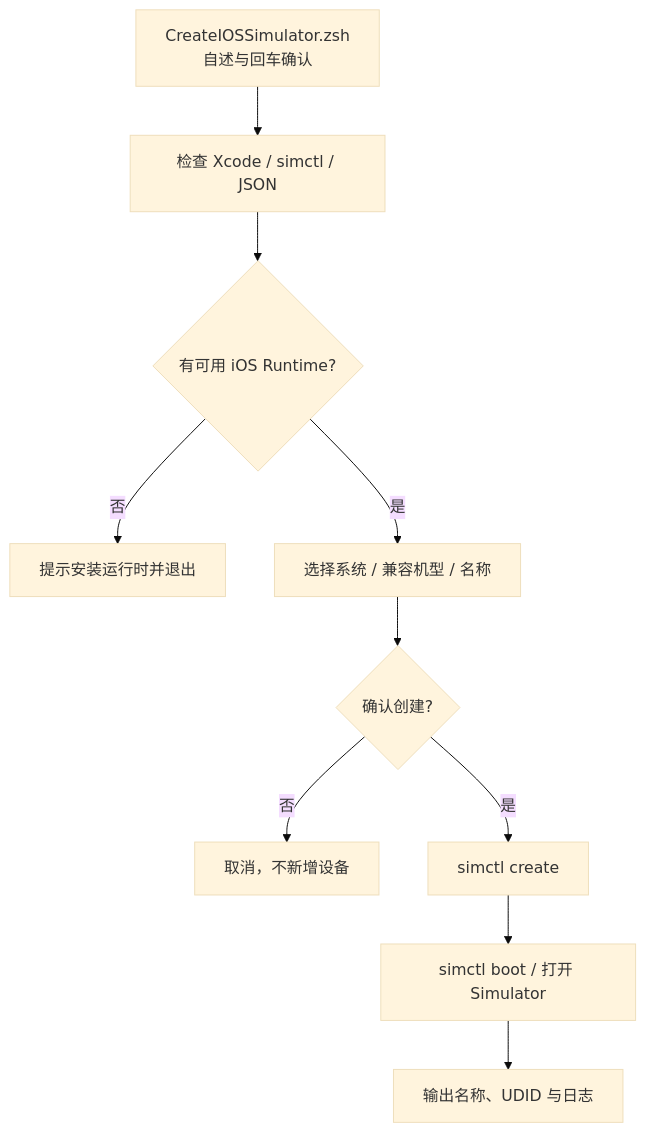
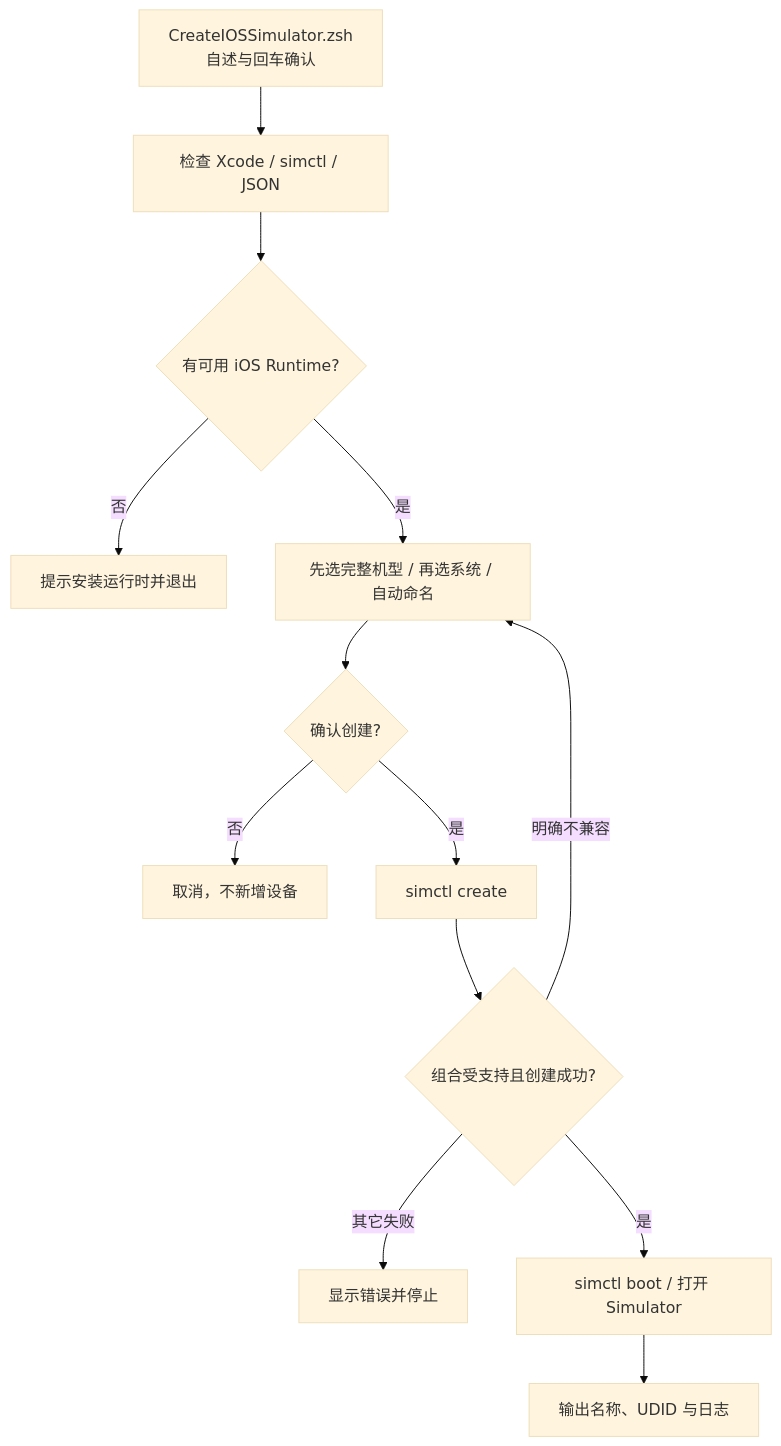
The second of 2 diagrams in JobsIOSSimulatorCreator/README.md (JobsKits/MacOS_Extension), drawn with Mermaid (base theme) before and after one commit. The commit also changed other lines of this file and 3 other files, not shown here.

````diff
--- a/JobsIOSSimulatorCreator/README.md
+++ b/JobsIOSSimulatorCreator/README.md
@@ -106,12 +114,15 @@
 ```mermaid
 flowchart TD
     A["CreateIOSSimulator.zsh<br/>自述与回车确认"] --> B["检查 Xcode / simctl / JSON"]
     B --> C{"有可用 iOS Runtime?"}
     C -->|否| D["提示安装运行时并退出"]
-    C -->|是| E["选择系统 / 兼容机型 / 名称"]
+    C -->|是| E["先选完整机型 / 再选系统 / 自动命名"]
     E --> F{"确认创建?"}
     F -->|否| G["取消，不新增设备"]
     F -->|是| H["simctl create"]
-    H --> I["simctl boot / 打开 Simulator"]
+    H --> K{"组合受支持且创建成功?"}
+    K -->|明确不兼容| E
+    K -->|其它失败| L["显示错误并停止"]
+    K -->|是| I["simctl boot / 打开 Simulator"]
     I --> J["输出名称、UDID 与日志"]
 ```
````
